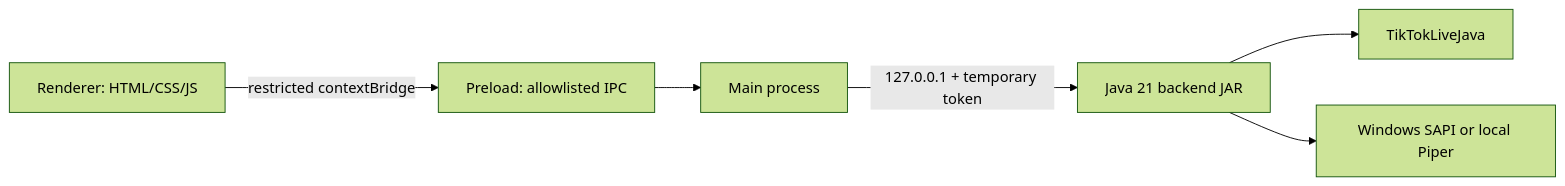
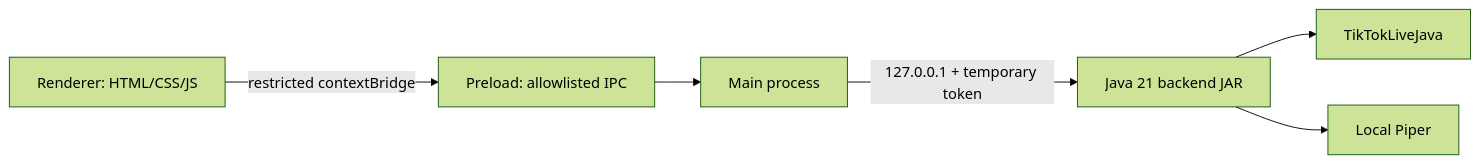
One commit to zero780/live-chat-tts changed the diagram in frontend/README.md. Above: the diagram before and after it, drawn with Mermaid (forest theme). The commit also changed other lines of this file and 21 other files, not shown here.

````diff
--- a/frontend/README.md
+++ b/frontend/README.md
@@ -17,8 +17,8 @@
 ```mermaid
 graph LR
   R[Renderer: HTML/CSS/JS] -->|restricted contextBridge| P[Preload: allowlisted IPC]
   P --> M[Main process]
   M -->|127.0.0.1 + temporary token| J[Java 21 backend JAR]
   J --> T[TikTokLiveJava]
-  J --> S[Windows SAPI or local Piper]
+  J --> S[Local Piper]
 ```
````
